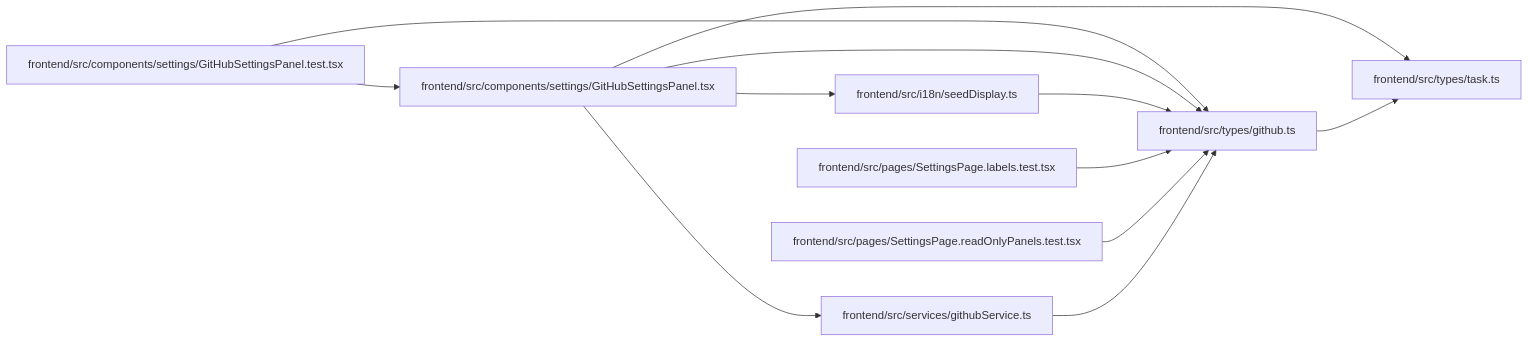
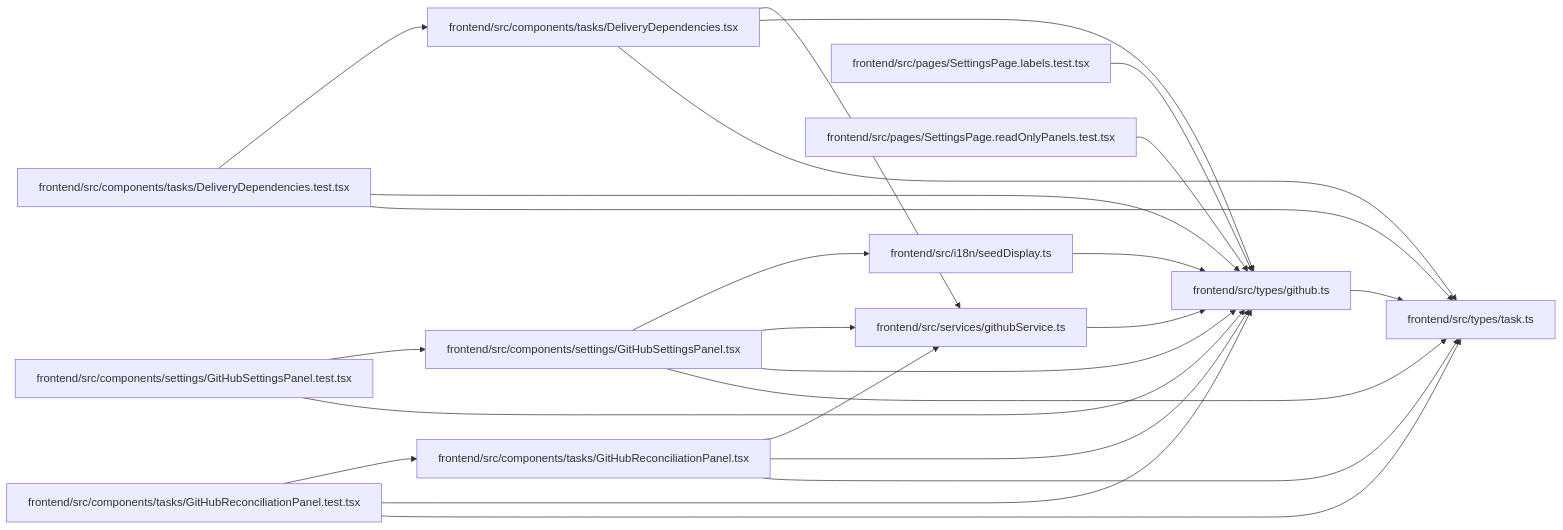
The diagram in docs/llm_wiki/modules/types_github.md (Denissvgn/WorkChord), drawn with Mermaid before and after one commit. The commit also changed other lines of this file and 1420 other files, not shown here.

First line of the commit message:
Refresh the architectural wiki for the 1.10.0 changes

````diff
--- a/docs/llm_wiki/modules/types_github.md
+++ b/docs/llm_wiki/modules/types_github.md
@@ -26,30 +26,50 @@
 ```mermaid
 flowchart LR
     n0["frontend/src/components/settings/GitHubSettingsPanel.test.tsx"]
     n1["frontend/src/components/settings/GitHubSettingsPanel.tsx"]
-    n2["frontend/src/i18n/seedDisplay.ts"]
-    n3["frontend/src/pages/SettingsPage.labels.test.tsx"]
-    n4["frontend/src/pages/SettingsPage.readOnlyPanels.test.tsx"]
-    n5["frontend/src/services/githubService.ts"]
-    n6["frontend/src/types/github.ts"]
-    n7["frontend/src/types/task.ts"]
+    n2["frontend/src/components/tasks/DeliveryDependencies.test.tsx"]
+    n3["frontend/src/components/tasks/DeliveryDependencies.tsx"]
+    n4["frontend/src/components/tasks/GitHubReconciliationPanel.test.tsx"]
+    n5["frontend/src/components/tasks/GitHubReconciliationPanel.tsx"]
+    n6["frontend/src/i18n/seedDisplay.ts"]
+    n7["frontend/src/pages/SettingsPage.labels.test.tsx"]
+    n8["frontend/src/pages/SettingsPage.readOnlyPanels.test.tsx"]
+    n9["frontend/src/services/githubService.ts"]
+    n10["frontend/src/types/github.ts"]
+    n11["frontend/src/types/task.ts"]
     n0 --> n1
-    n0 --> n6
-    n1 --> n2
-    n1 --> n5
+    n0 --> n10
     n1 --> n6
-    n1 --> n7
-    n2 --> n6
-    n3 --> n6
-    n4 --> n6
-    n5 --> n6
-    n6 --> n7
+    n1 --> n9
+    n1 --> n10
+    n1 --> n11
+    n2 --> n3
+    n2 --> n10
+    n2 --> n11
+    n3 --> n9
+    n3 --> n10
+    n3 --> n11
+    n4 --> n5
+    n4 --> n10
+    n4 --> n11
+    n5 --> n9
+    n5 --> n10
+    n5 --> n11
+    n6 --> n10
+    n7 --> n10
+    n8 --> n10
+    n9 --> n10
+    n10 --> n11
     click n0 "../modules/GitHubSettingsPanel.test.md"
     click n1 "../modules/GitHubSettingsPanel.md"
-    click n2 "../modules/seedDisplay.md"
-    click n3 "../modules/SettingsPage.labels.test.md"
-    click n4 "../modules/SettingsPage.readOnlyPanels.test.md"
-    click n5 "../modules/githubService.md"
-    click n6 "../modules/types_github.md"
-    click n7 "../modules/types_task.md"
+    click n2 "../modules/DeliveryDependencies.test.md"
+    click n3 "../modules/DeliveryDependencies.md"
+    click n4 "../modules/GitHubReconciliationPanel.test.md"
+    click n5 "../modules/GitHubReconciliationPanel.md"
+    click n6 "../modules/seedDisplay.md"
+    click n7 "../modules/SettingsPage.labels.test.md"
+    click n8 "../modules/SettingsPage.readOnlyPanels.test.md"
+    click n9 "../modules/githubService.md"
+    click n10 "../modules/types_github.md"
+    click n11 "../modules/types_task.md"
 ```
````
